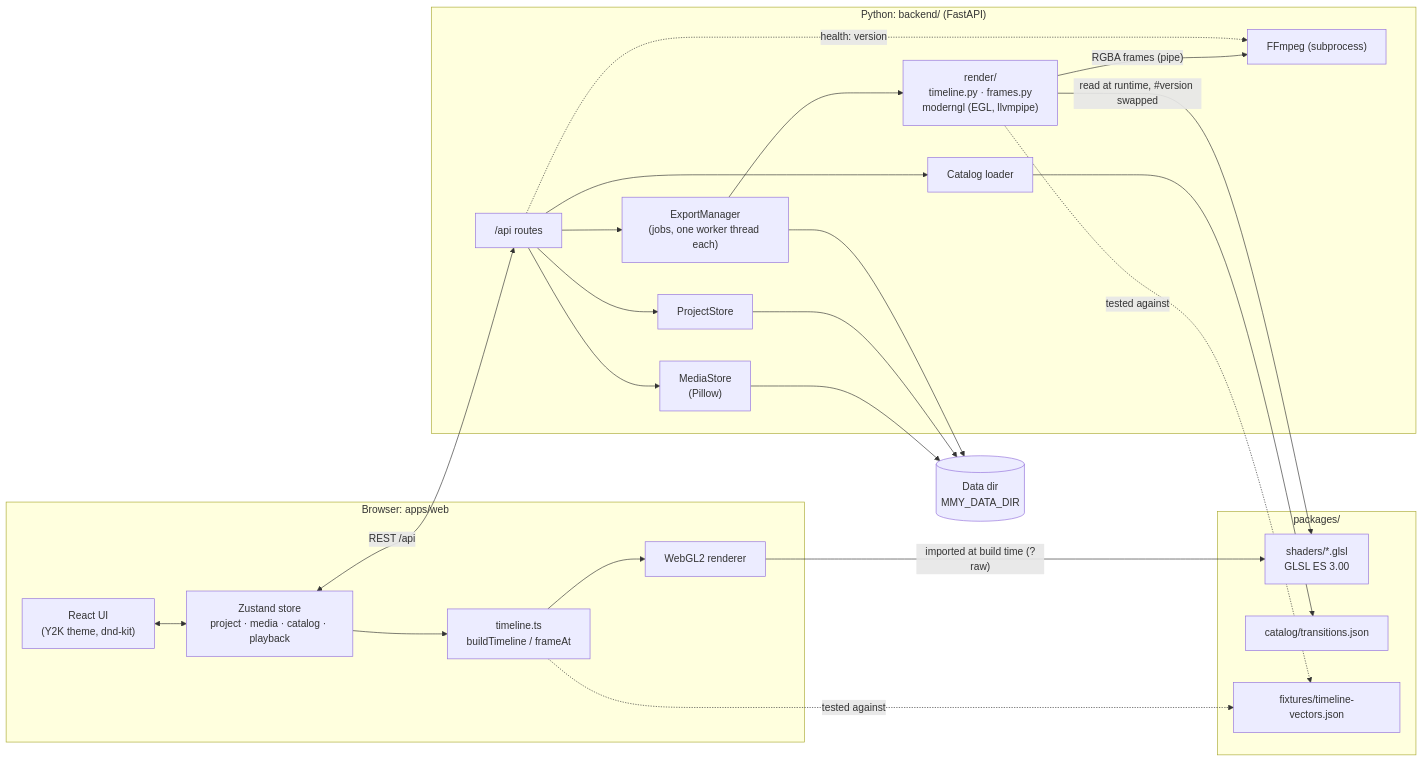
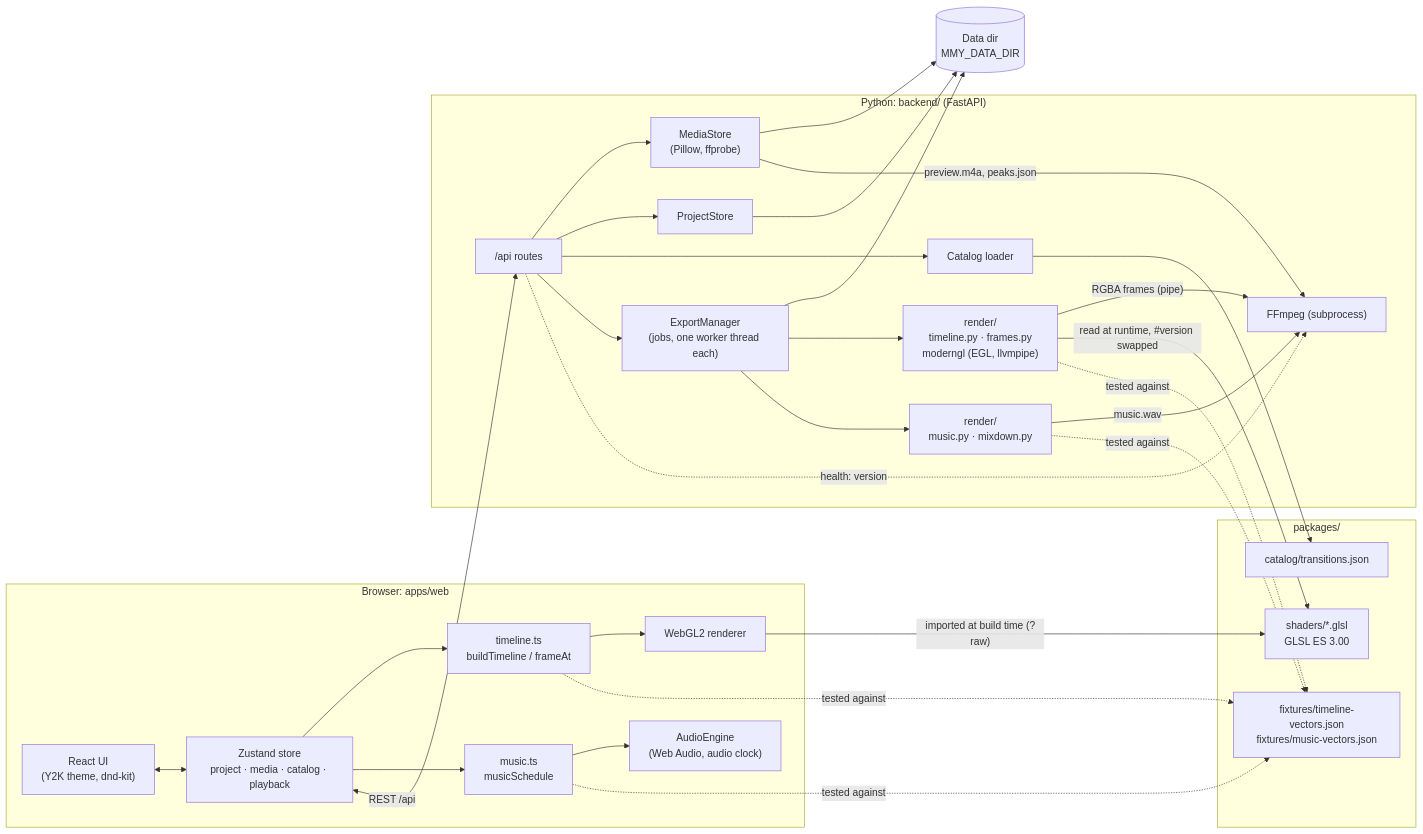
Before and after one commit to JoMe92/moviemakery2k: the first of 3 diagrams in docs/architecture.md, drawn with Mermaid. The commit also changed other lines of this file and 2 other files, not shown here.

First line of the commit message:
docs: document the music track [MMY-BSG]

````diff
--- a/docs/architecture.md
+++ b/docs/architecture.md
@@ -11,37 +11,45 @@
 ```mermaid
 flowchart LR
   subgraph Browser["Browser: apps/web"]
     UI["React UI<br/>(Y2K theme, dnd-kit)"]
     Store["Zustand store<br/>project · media · catalog · playback"]
     TL["timeline.ts<br/>buildTimeline / frameAt"]
+    MS["music.ts<br/>musicSchedule"]
     GL["WebGL2 renderer"]
+    AE["AudioEngine<br/>(Web Audio, audio clock)"]
   end
   subgraph Server["Python: backend/ (FastAPI)"]
     API["/api routes"]
-    Media["MediaStore<br/>(Pillow)"]
+    Media["MediaStore<br/>(Pillow, ffprobe)"]
     Proj["ProjectStore"]
     Cat["Catalog loader"]
     Exp["ExportManager<br/>(jobs, one worker thread each)"]
     Rnd["render/<br/>timeline.py · frames.py<br/>moderngl (EGL, llvmpipe)"]
+    Mix["render/<br/>music.py · mixdown.py"]
     FF["FFmpeg (subprocess)"]
   end
   subgraph Shared["packages/"]
     Shaders["shaders/*.glsl<br/>GLSL ES 3.00"]
     Catalog["catalog/transitions.json"]
-    Vectors["fixtures/timeline-vectors.json"]
+    Vectors["fixtures/timeline-vectors.json<br/>fixtures/music-vectors.json"]
   end
   Data[("Data dir<br/>MMY_DATA_DIR")]
 
   UI <--> Store
   Store --> TL --> GL
+  Store --> MS --> AE
   Store <-- "REST /api" --> API
   API --> Media & Proj & Cat & Exp
   Media & Proj & Exp --> Data
   Cat --> Catalog
   GL -- "imported at build time (?raw)" --> Shaders
   Exp --> Rnd -- "RGBA frames (pipe)" --> FF
+  Exp --> Mix -- "music.wav" --> FF
+  Media -- "preview.m4a, peaks.json" --> FF
   Rnd -- "read at runtime, #version swapped" --> Shaders
   TL -. "tested against" .-> Vectors
   Rnd -. "tested against" .-> Vectors
+  MS -. "tested against" .-> Vectors
+  Mix -. "tested against" .-> Vectors
   API -. "health: version" .-> FF
 ```
````
